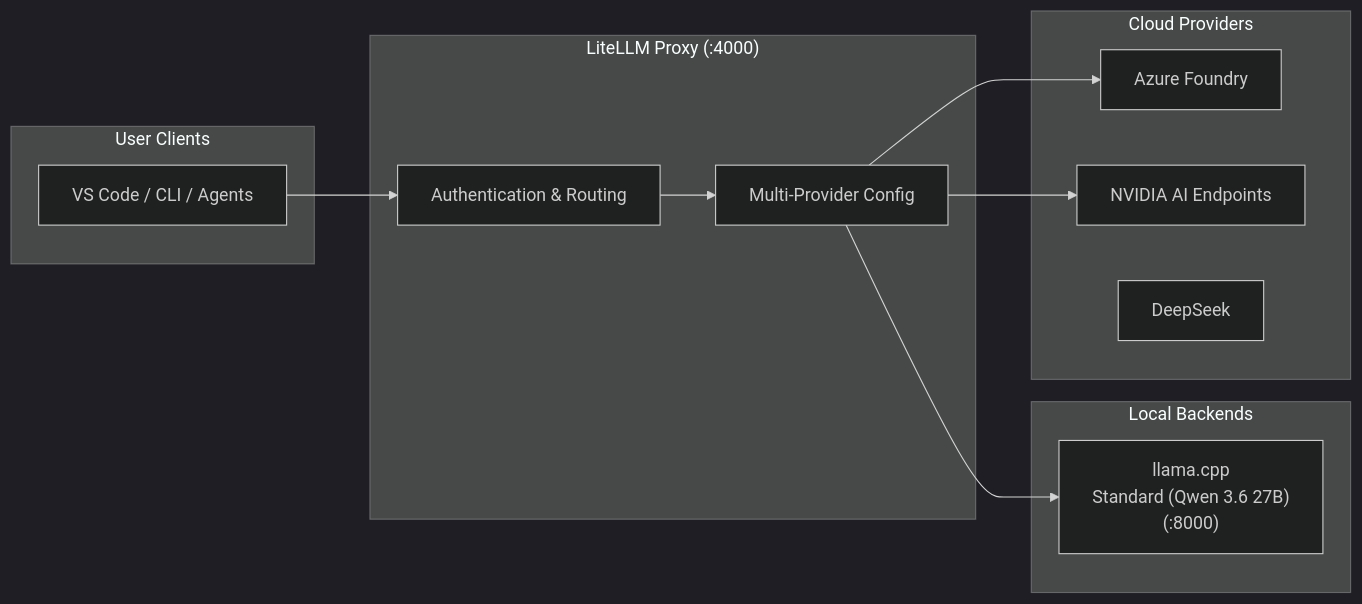
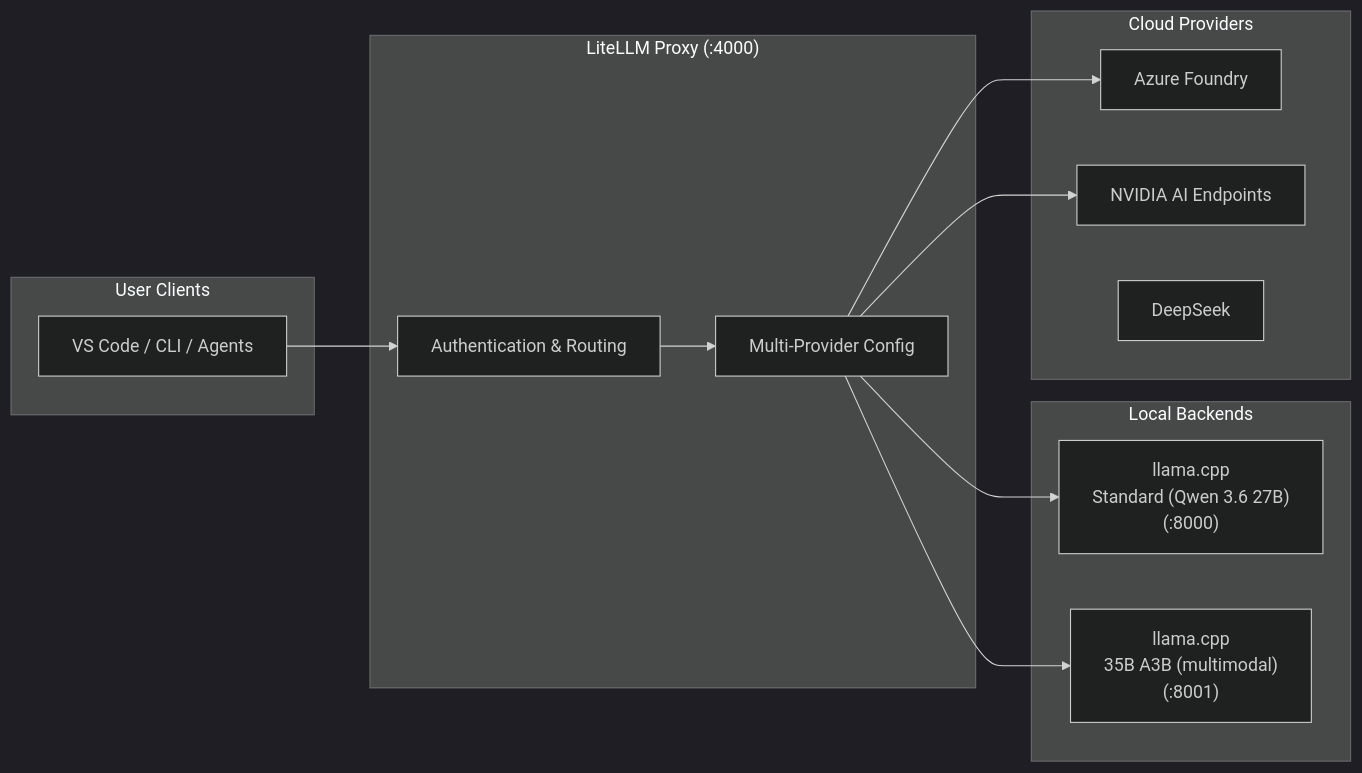
Before and after one commit to nilayparikh/spark-init: the diagram in docs/architecture/inference-stack.md, drawn with Mermaid (dark theme). The commit also changed other lines of this file and 7 other files, not shown here.

````diff
--- a/docs/architecture/inference-stack.md
+++ b/docs/architecture/inference-stack.md
@@ -7,27 +7,29 @@
 ```mermaid
 graph LR
     subgraph "User Clients"
         A["VS Code / CLI / Agents"]
     end
 
     subgraph "LiteLLM Proxy (:4000)"
         B["Authentication & Routing"]
         C["Multi-Provider Config"]
     end
 
     subgraph "Local Backends"
         D["llama.cpp<br/>Standard (Qwen 3.6 27B)<br/>(:8000)"]
+        E["llama.cpp<br/>35B A3B (multimodal)<br/>(:8001)"]
     end
 
     subgraph "Cloud Providers"
         G["Azure Foundry"]
         H["NVIDIA AI Endpoints"]
         I["DeepSeek"]
     end
 
     A --> B
     B --> C
     C --> D
+    C --> E
     C --> G
     C --> H
 ```
````
